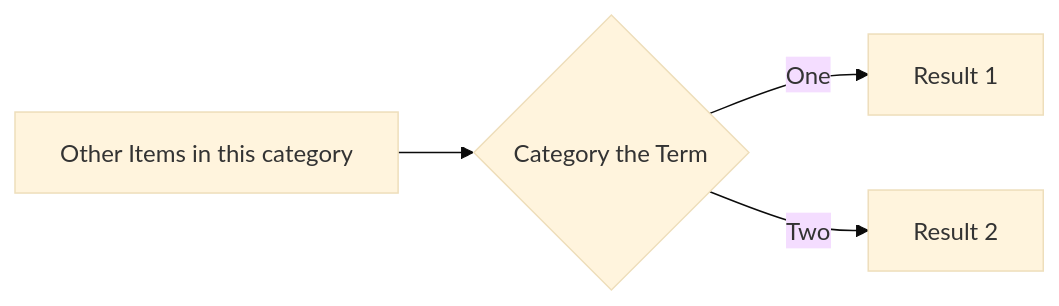
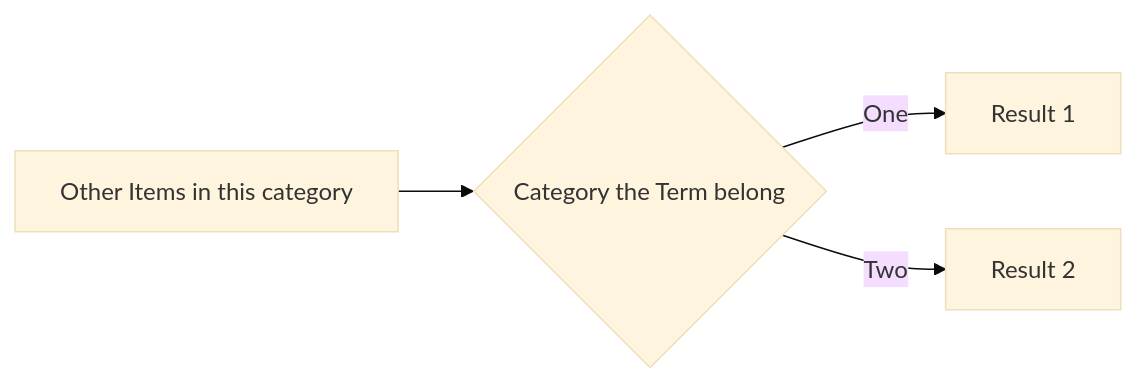
The diagram in slides.md (gerbssusd/dok), drawn with Mermaid (base theme) before and after one commit.

````diff
--- a/slides.md
+++ b/slides.md
@@ -217,6 +217,6 @@
 ```mermaid {theme: 'neutral', scale: 0.8}
 graph LR
-B[Other Items in this category] --> C{Category the Term }
+B[Other Items in this category] --> C{Category the Term belong}
 C -->|One| D[Result 1]
 C -->|Two| E[Result 2]
 ```
````
